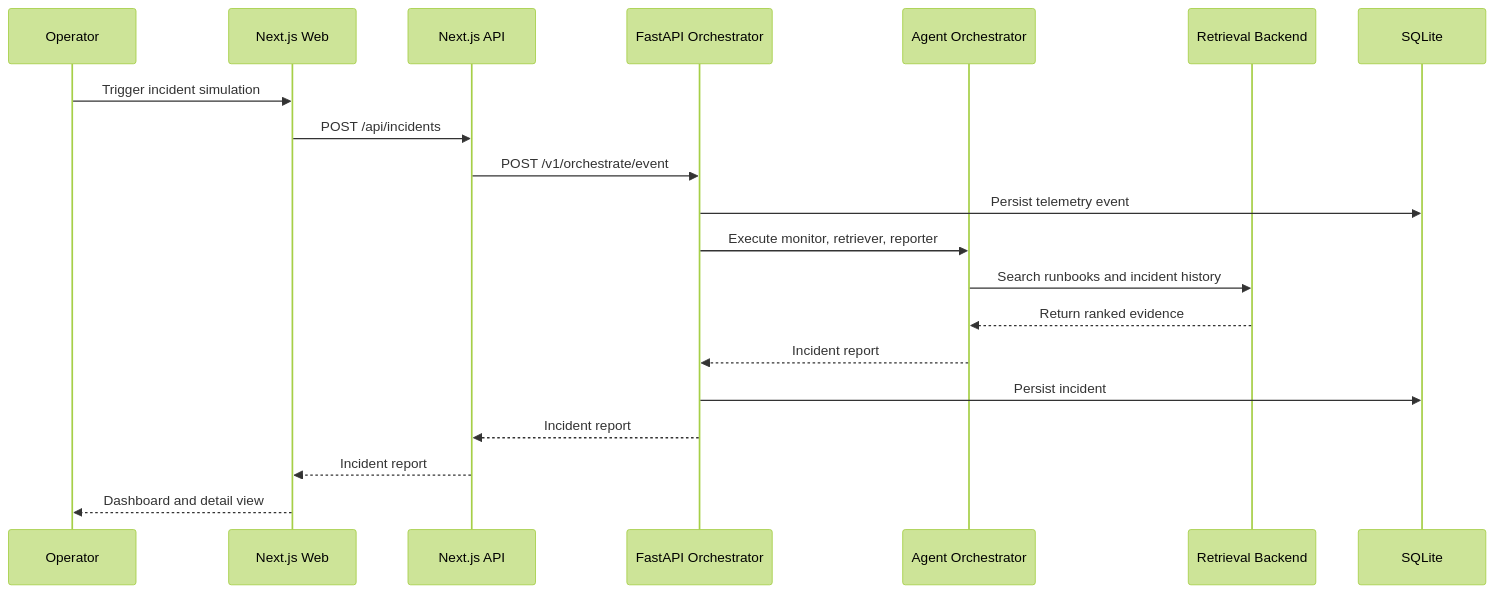
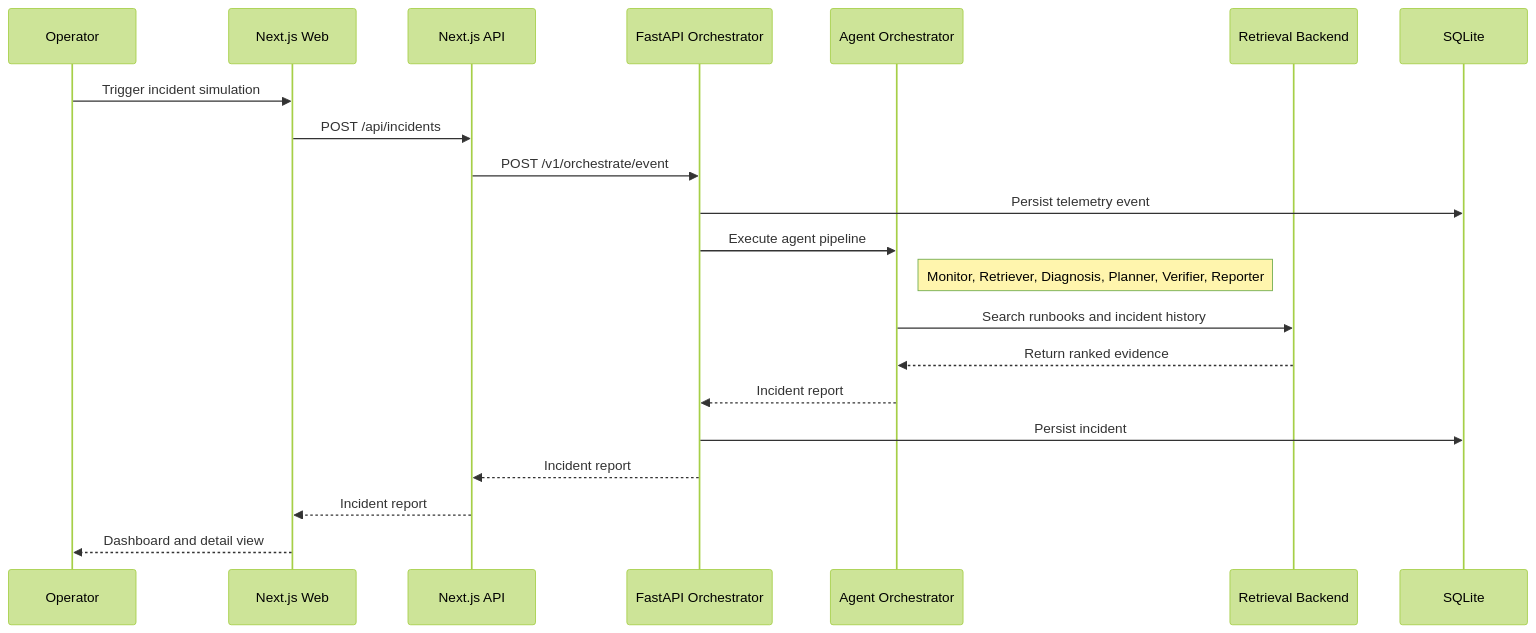
Before and after one commit to denis-mutuma/fleet-health-copilot: the second of 3 diagrams in docs/architecture.md, drawn with Mermaid (forest theme). The commit also changed other lines of this file and 2 other files, not shown here.

Commit message:
docs: sync architecture, Copilot instructions, README with six-agent stack
- Architecture runtime diagram: full agent pipeline note; deployment links TF bootstrap, backend example, deploy-dev
- Copilot instructions: S3/index_s3_vectors, embeddings, eval metrics, Terraform CI; remove stale three-agent MVP scope
- README current scope: MRR, verifier pass rate, embeddings module, deploy-dev/OIDC next steps

````diff
--- a/docs/architecture.md
+++ b/docs/architecture.md
@@ -28,23 +28,24 @@
 ```mermaid
 sequenceDiagram
   participant Operator
   participant Web as Next.js Web
   participant API as Next.js API
   participant Orchestrator as FastAPI Orchestrator
   participant Agents as Agent Orchestrator
   participant Retrieval as Retrieval Backend
   participant Store as SQLite
 
   Operator->>Web: Trigger incident simulation
   Web->>API: POST /api/incidents
   API->>Orchestrator: POST /v1/orchestrate/event
   Orchestrator->>Store: Persist telemetry event
-  Orchestrator->>Agents: Execute monitor, retriever, reporter
+  Orchestrator->>Agents: Execute agent pipeline
+  Note right of Agents: Monitor, Retriever, Diagnosis, Planner, Verifier, Reporter
   Agents->>Retrieval: Search runbooks and incident history
   Retrieval-->>Agents: Return ranked evidence
   Agents-->>Orchestrator: Incident report
   Orchestrator->>Store: Persist incident
   Orchestrator-->>API: Incident report
   API-->>Web: Incident report
   Web-->>Operator: Dashboard and detail view
 ```
````
